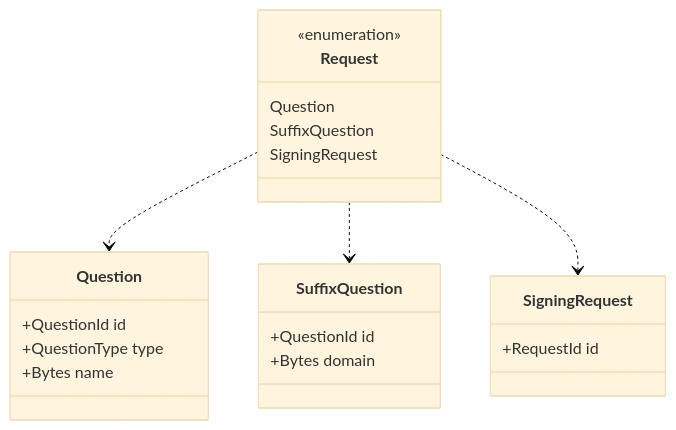
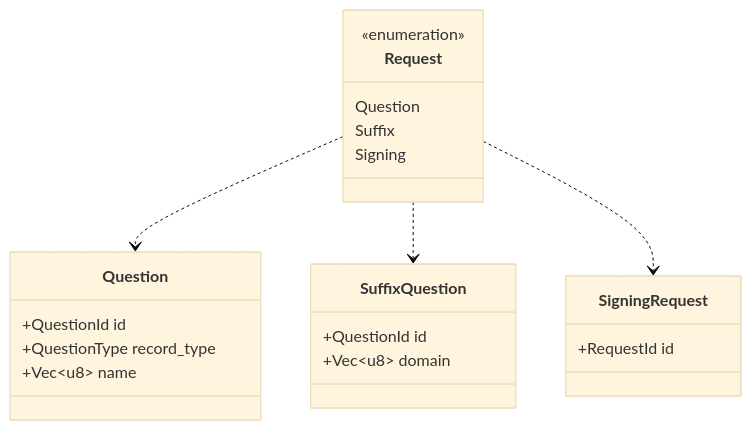
One commit to photom/hallmark changed the diagram in docs/reference/api/dns.md. Above: the diagram before and after it, drawn with Mermaid (base theme). The commit also changed other lines of this file and 3 other files, not shown here.

````diff
--- a/docs/reference/api/dns.md
+++ b/docs/reference/api/dns.md
@@ -17,24 +17,24 @@
 ```mermaid
 classDiagram
     class Request {
         <<enumeration>>
         Question
-        SuffixQuestion
-        SigningRequest
+        Suffix
+        Signing
     }
     class Question {
         +QuestionId id
-        +QuestionType type
-        +Bytes name
+        +QuestionType record_type
+        +Vec~u8~ name
     }
     class SuffixQuestion {
         +QuestionId id
-        +Bytes domain
+        +Vec~u8~ domain
     }
     class SigningRequest {
         +RequestId id
     }
     Request ..> Question
     Request ..> SuffixQuestion
     Request ..> SigningRequest
 ```
````
